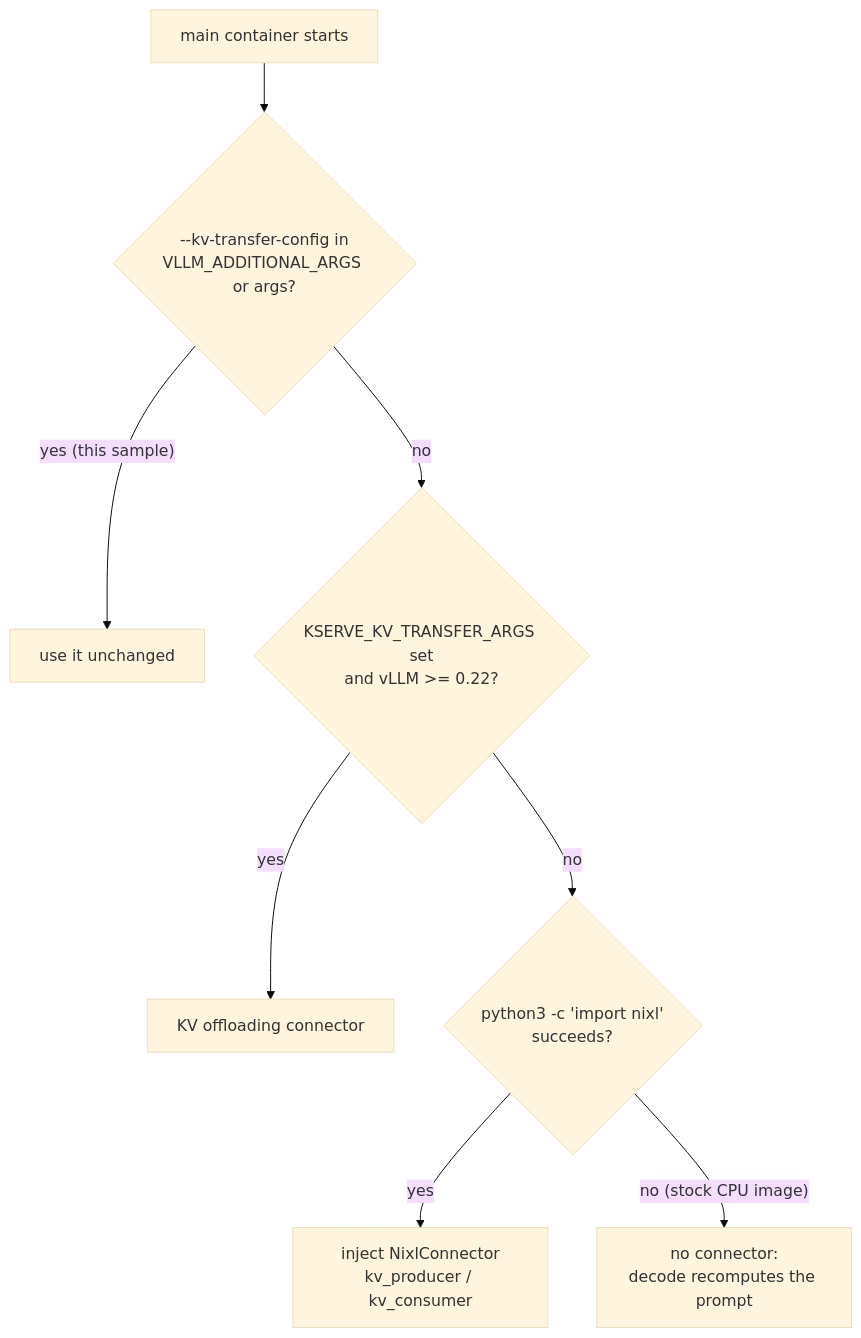
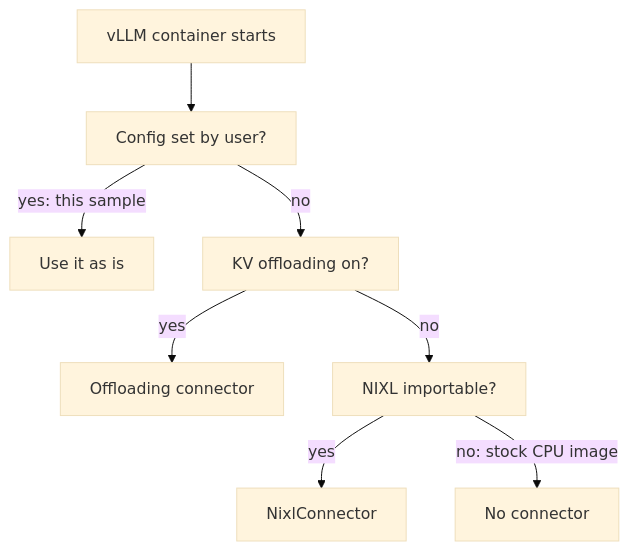
One commit to kserve/kserve changed the second of 4 diagrams in docs/samples/llmisvc/pd-nixl-cpu/README.md. Above: the diagram before and after it, drawn with Mermaid (base theme). The commit also changed other lines of this file, not shown here.

First line of the commit message:
docs(llmisvc): fix clipped P/D sample diagrams and trim the README

````diff
--- a/docs/samples/llmisvc/pd-nixl-cpu/README.md
+++ b/docs/samples/llmisvc/pd-nixl-cpu/README.md
@@ -81,10 +93,10 @@
 ```mermaid
 flowchart TD
-  start["main container starts"] --> user{"--kv-transfer-config in<br/>VLLM_ADDITIONAL_ARGS or args?"}
-  user -- "yes (this sample)" --> keep["use it unchanged"]
-  user -- "no" --> off{"KSERVE_KV_TRANSFER_ARGS set<br/>and vLLM >= 0.22?"}
-  off -- "yes" --> offload["KV offloading connector"]
-  off -- "no" --> nixl{"python3 -c 'import nixl'<br/>succeeds?"}
-  nixl -- "yes" --> inject["inject NixlConnector<br/>kv_producer / kv_consumer"]
-  nixl -- "no (stock CPU image)" --> none["no connector:<br/>decode recomputes the prompt"]
+  start["vLLM container starts"] --> q1["Config set by user?"]
+  q1 -- "yes: this sample" --> keep["Use it as is"]
+  q1 -- "no" --> q2["KV offloading on?"]
+  q2 -- "yes" --> offload["Offloading connector"]
+  q2 -- "no" --> q3["NIXL importable?"]
+  q3 -- "yes" --> inject["NixlConnector"]
+  q3 -- "no: stock CPU image" --> none["No connector"]
 ```
````
